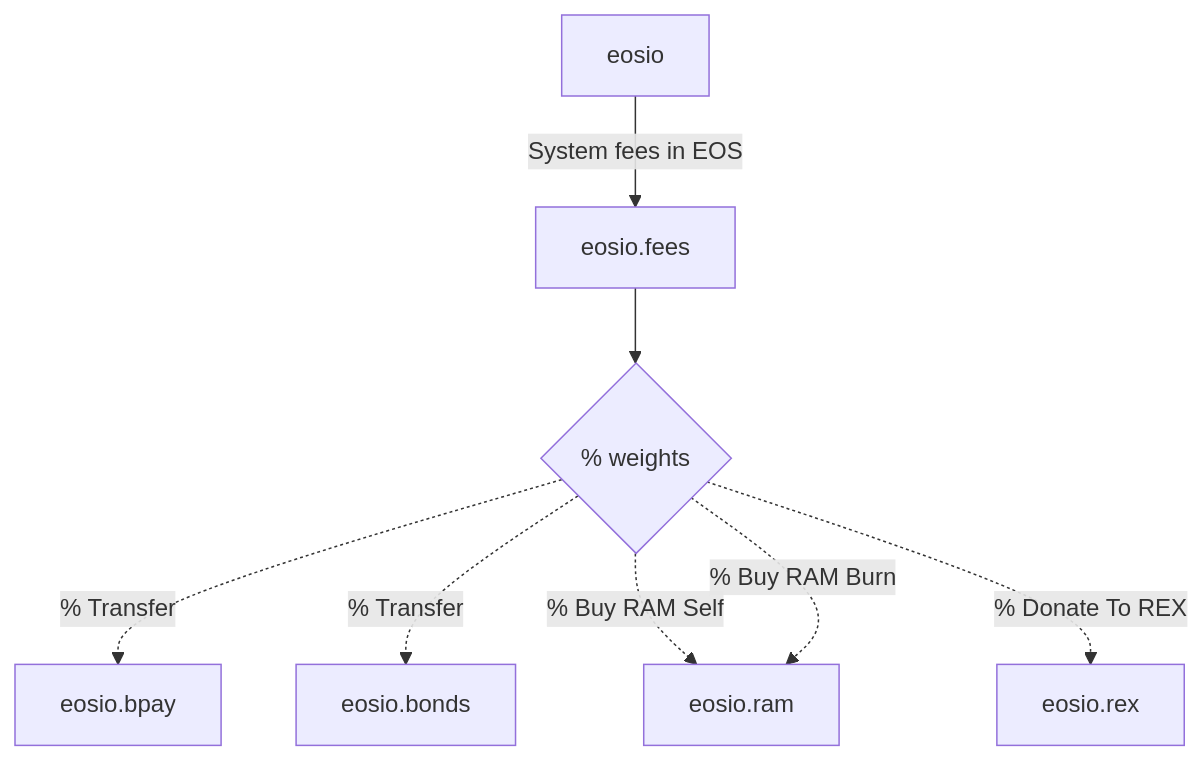
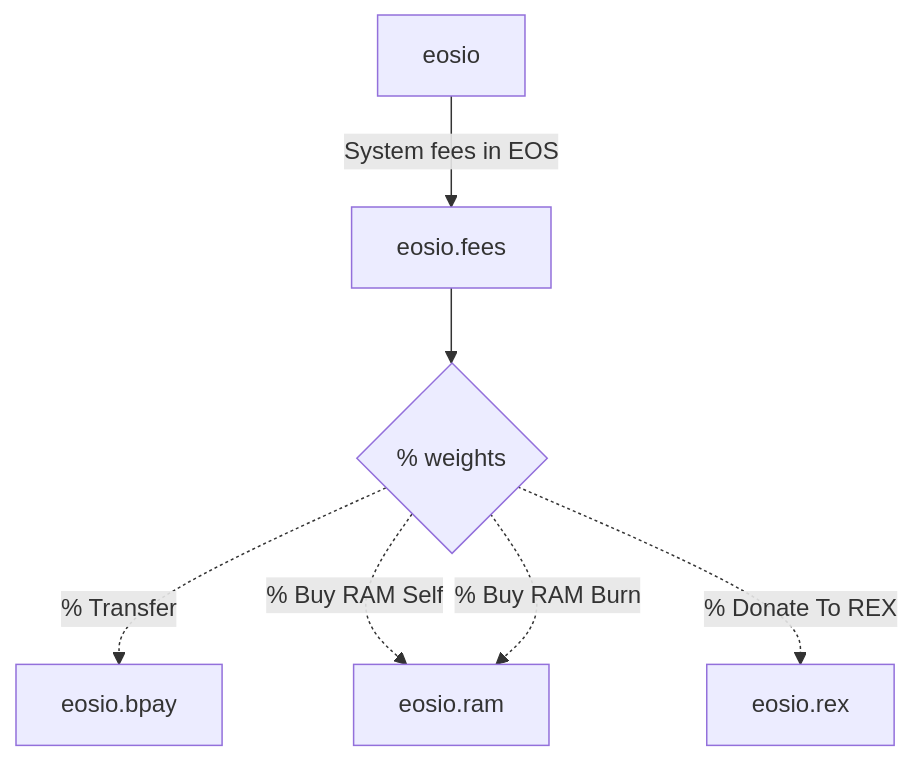
The diagram in README.md (eosnetworkfoundation/eosio.fees), drawn with Mermaid before and after one commit. The commit also changed other lines of this file, not shown here.

````diff
--- a/README.md
+++ b/README.md
@@ -7,10 +7,9 @@
 ```mermaid
 graph TD
     eosio --> |System fees in EOS| eosio.fees
     eosio.fees --> weights{% weights}
     weights -.-> |% Transfer| eosio.bpay
-    weights -.-> |% Transfer| eosio.bonds
     weights -.-> |% Buy RAM Self | eosio.ram
     weights -.-> |% Buy RAM Burn | eosio.ram
     weights -.-> |% Donate To REX | eosio.rex
 ```
````
